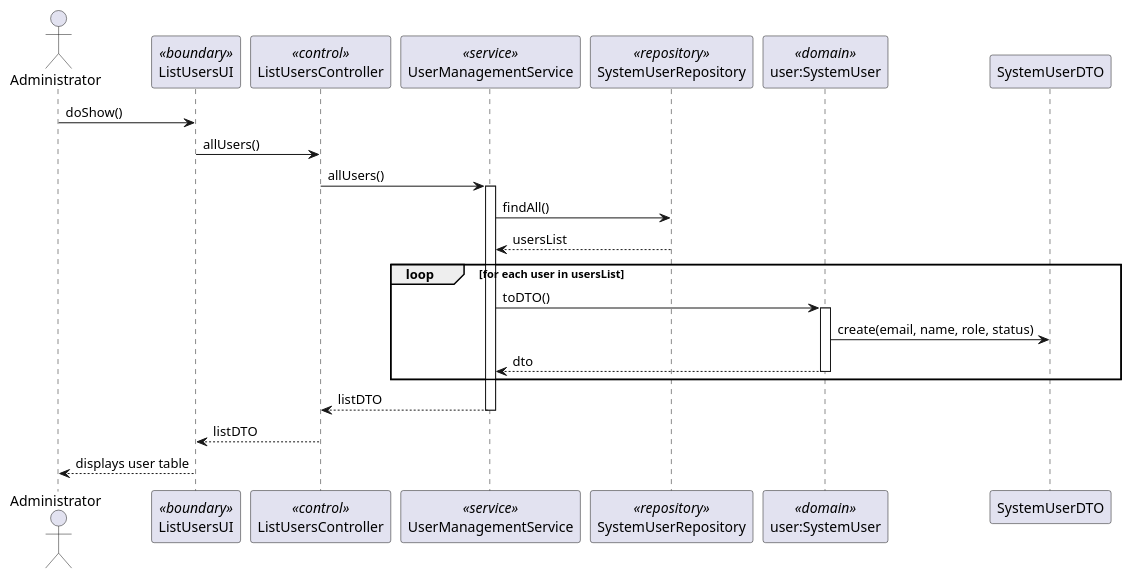
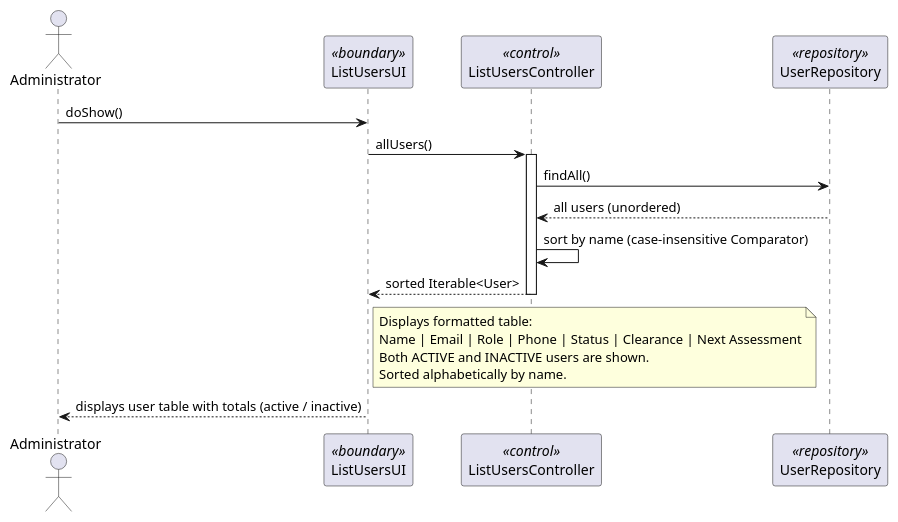
Before and after one commit to DuartePinto1240/sem4pi2526-sem4pi2526_2da2: the diagram in docs/Sprint 2/EAPLI/US033/puml/US033-sequence-diagram.puml, drawn with PlantUML. The commit also changed 16 other files, not shown here.

```diff
--- a/docs/Sprint 2/EAPLI/US033/puml/US033-sequence-diagram.puml
+++ b/docs/Sprint 2/EAPLI/US033/puml/US033-sequence-diagram.puml
@@ -1,30 +1,26 @@
 @startuml
 actor Administrator
 participant ListUsersUI as UI <<boundary>>
 participant ListUsersController as CTRL <<control>>
-participant UserManagementService as SVC <<service>>
-participant SystemUserRepository as REPO <<repository>>
-participant "user:SystemUser" as USER <<domain>>
-participant SystemUserDTO as DTO
+participant UserRepository as REPO <<repository>>
 
 Administrator -> UI : doShow()
 UI -> CTRL : allUsers()
-CTRL -> SVC : allUsers()
-activate SVC
+activate CTRL
 
-SVC -> REPO : findAll()
-REPO --> SVC : usersList
+CTRL -> REPO : findAll()
+REPO --> CTRL : all users (unordered)
 
-loop for each user in usersList
-    SVC -> USER : toDTO()
-    activate USER
-    USER -> DTO : create(email, name, role, status)
-    USER --> SVC : dto
-    deactivate USER
-end
+CTRL -> CTRL : sort by name (case-insensitive Comparator)
+CTRL --> UI : sorted Iterable<User>
+deactivate CTRL
 
-SVC --> CTRL : listDTO
-deactivate SVC
-CTRL --> UI : listDTO
-UI --> Administrator : displays user table
+note right of UI
+  Displays formatted table:
+  Name | Email | Role | Phone | Status | Clearance | Next Assessment
+  Both ACTIVE and INACTIVE users are shown.
+  Sorted alphabetically by name.
+end note
+
+UI --> Administrator : displays user table with totals (active / inactive)
 @enduml
```
